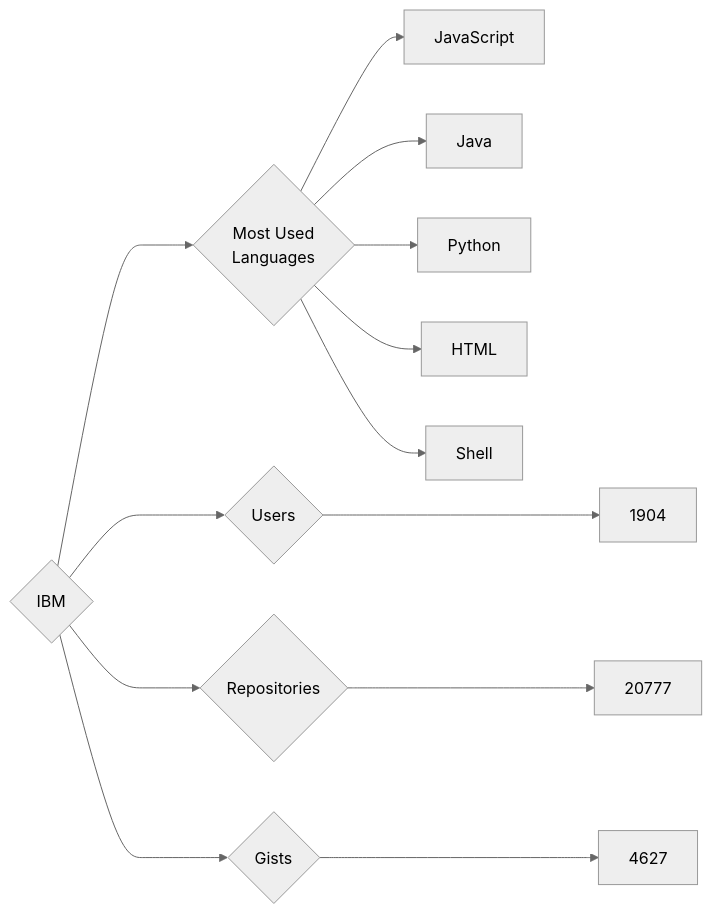
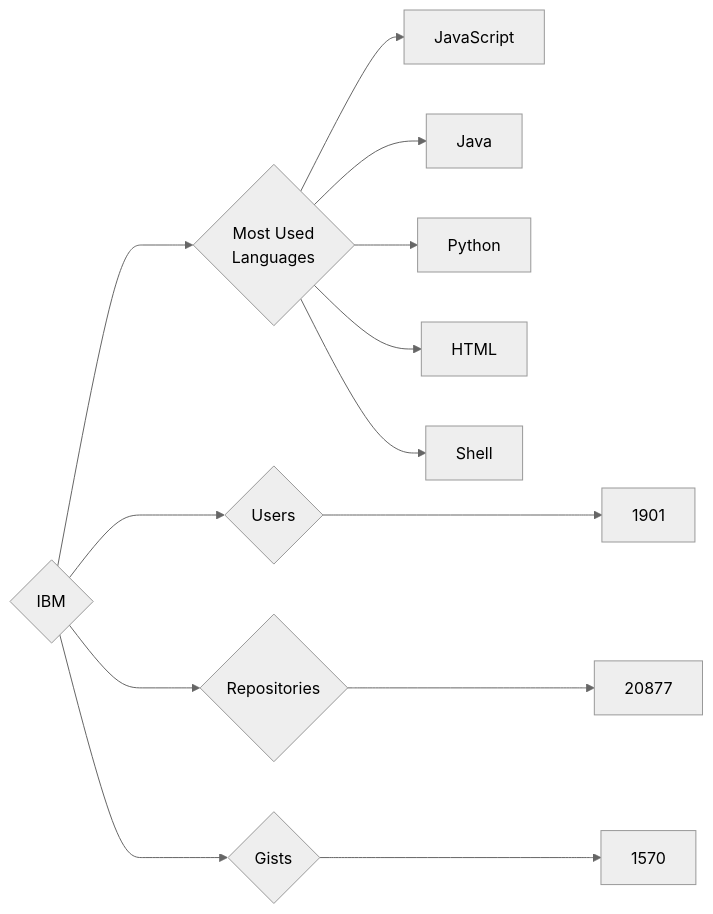
Before and after one commit to trickest/insiders: the diagram in targets/IBM/README.md, drawn with Mermaid (neutral theme). The commit also changed 640 other files, not shown here.

````diff
--- a/targets/IBM/README.md
+++ b/targets/IBM/README.md
@@ -3,13 +3,13 @@
 ```mermaid
 graph LR
 COMPANY_NAME{IBM}
-COMPANY_NAME ---> U{Users} ---> UN[1904]
-COMPANY_NAME ---> R{Repositories} ---> RN[20777]
-COMPANY_NAME ---> G{Gists} ---> GN[4627]
+COMPANY_NAME ---> U{Users} ---> UN[1901]
+COMPANY_NAME ---> R{Repositories} ---> RN[20877]
+COMPANY_NAME ---> G{Gists} ---> GN[1570]
 COMPANY_NAME ---> ML{Most Used<br>Languages}
 ML --> JavaScript[JavaScript]
 ML --> Java[Java]
 ML --> Python[Python]
 ML --> HTML[HTML]
 ML --> Shell[Shell]
 ```
````
